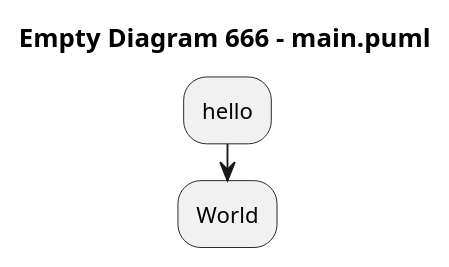
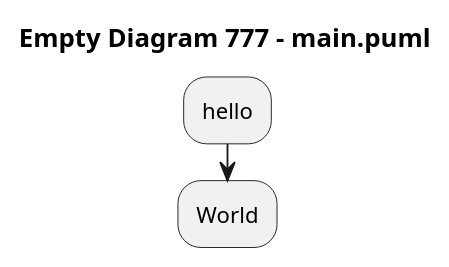
The diagram in main.puml (arwenvaughan/test1), drawn with PlantUML before and after one commit.

Commit message:
PlantText Commit: Another one again.

```diff
--- a/main.puml
+++ b/main.puml
@@ -1,7 +1,7 @@
 @startuml
 
-title Empty Diagram 666 - main.puml
+title Empty Diagram 777 - main.puml
 :hello;
 :World;
 
 @enduml
```
